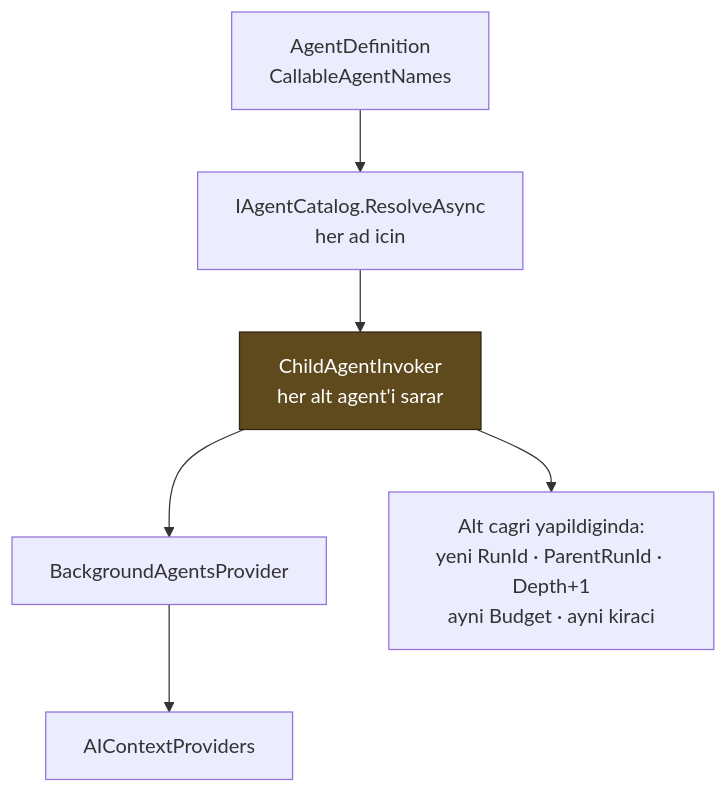
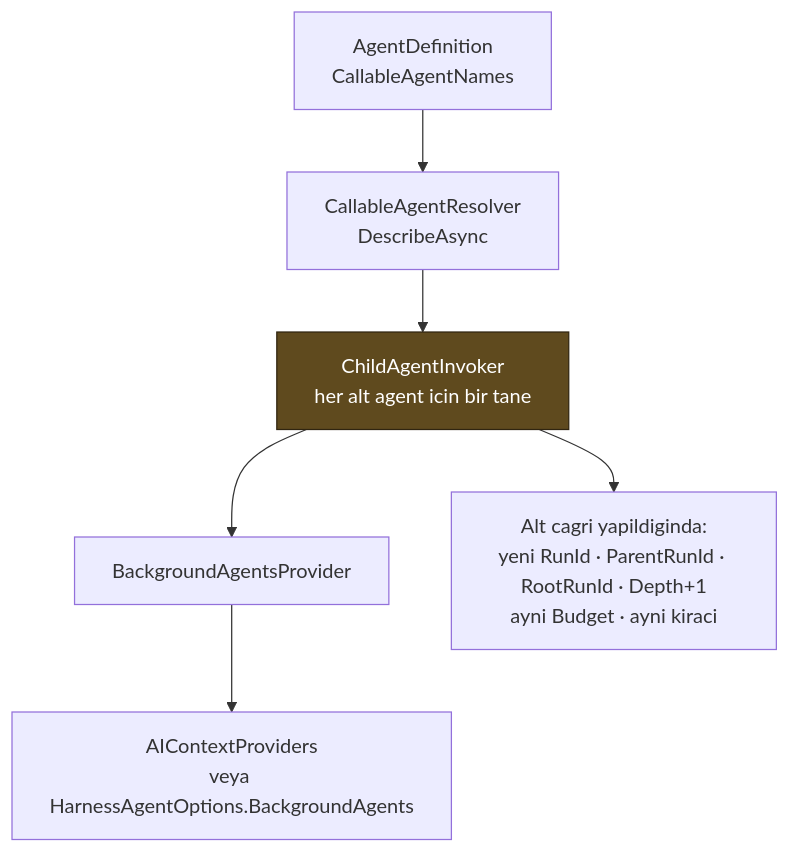
The second of 2 diagrams in docs/12-AGENT-CAGRI-GRAFIGI.md (farukatasoy/Tracon), drawn with Mermaid before and after one commit. The commit also changed other lines of this file and 69 other files, not shown here.

````diff
--- a/docs/12-AGENT-CAGRI-GRAFIGI.md
+++ b/docs/12-AGENT-CAGRI-GRAFIGI.md
@@ -185,11 +254,11 @@
 ```mermaid
 flowchart TD
-    D["AgentDefinition<br/>CallableAgentNames"] --> R["IAgentCatalog.ResolveAsync<br/>her ad icin"]
-    R --> W["ChildAgentInvoker<br/>her alt agent'i sarar"]
+    D["AgentDefinition<br/>CallableAgentNames"] --> R["CallableAgentResolver<br/>DescribeAsync"]
+    R --> W["ChildAgentInvoker<br/>her alt agent icin bir tane"]
     W --> P["BackgroundAgentsProvider"]
-    P --> CA["AIContextProviders"]
+    P --> CA["AIContextProviders<br/>veya HarnessAgentOptions.BackgroundAgents"]
 
-    W --> N["Alt cagri yapildiginda:<br/>yeni RunId · ParentRunId · Depth+1<br/>ayni Budget · ayni kiraci"]
+    W --> N["Alt cagri yapildiginda:<br/>yeni RunId · ParentRunId · RootRunId · Depth+1<br/>ayni Budget · ayni kiraci"]
 
     style W fill:#5f4a1e,stroke:#302510,color:#ffffff
 ```
````
